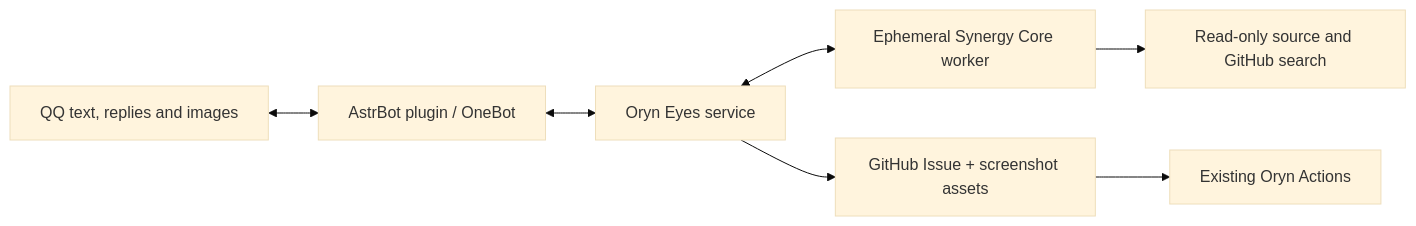
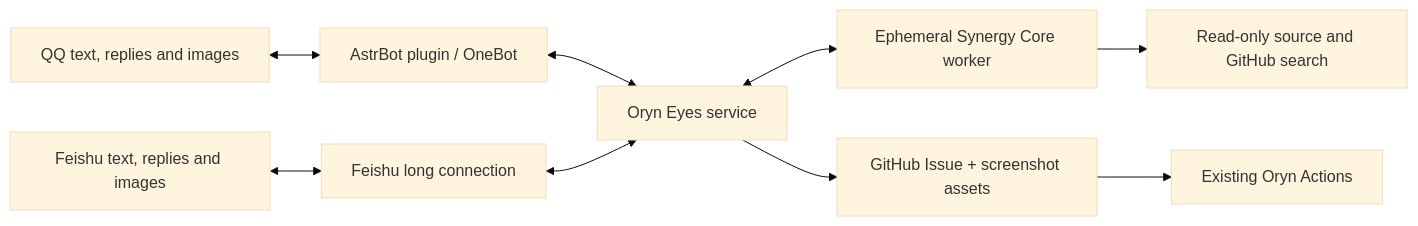
The diagram in README.md (yzxoi/oryn-eyes), drawn with Mermaid (base theme) before and after one commit. The commit also changed other lines of this file and 23 other files, not shown here.

Commit message:
feat: add portable Feishu long-connection support (#6)

````diff
--- a/README.md
+++ b/README.md
@@ -5,9 +5,11 @@
 ```mermaid
 flowchart LR
   QQ[QQ text, replies and images] <--> AstrBot[AstrBot plugin / OneBot]
   AstrBot <--> Service[Oryn Eyes service]
+  Feishu[Feishu text, replies and images] <--> Bridge[Feishu long connection]
+  Bridge <--> Service
   Service <--> Core[Ephemeral Synergy Core worker]
   Core --> Read[Read-only source and GitHub search]
   Service --> Publish[GitHub Issue + screenshot assets]
   Publish --> Oryn[Existing Oryn Actions]
 ```
````
